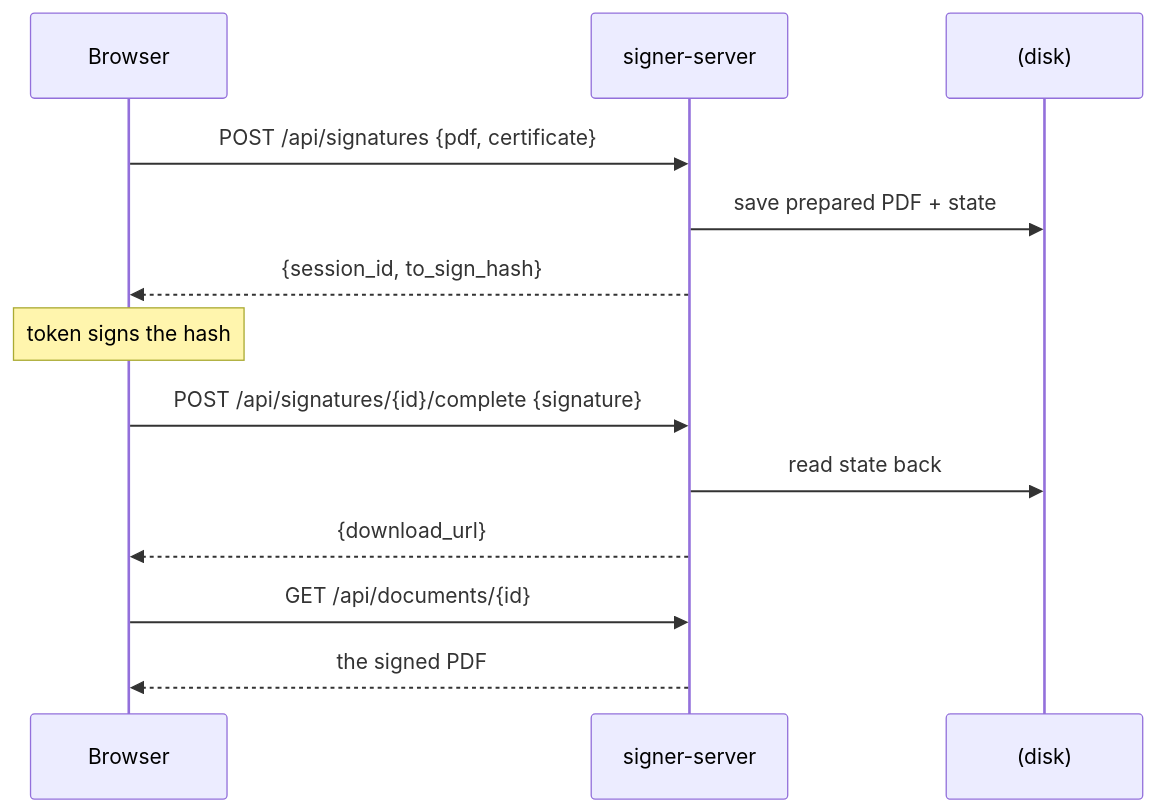
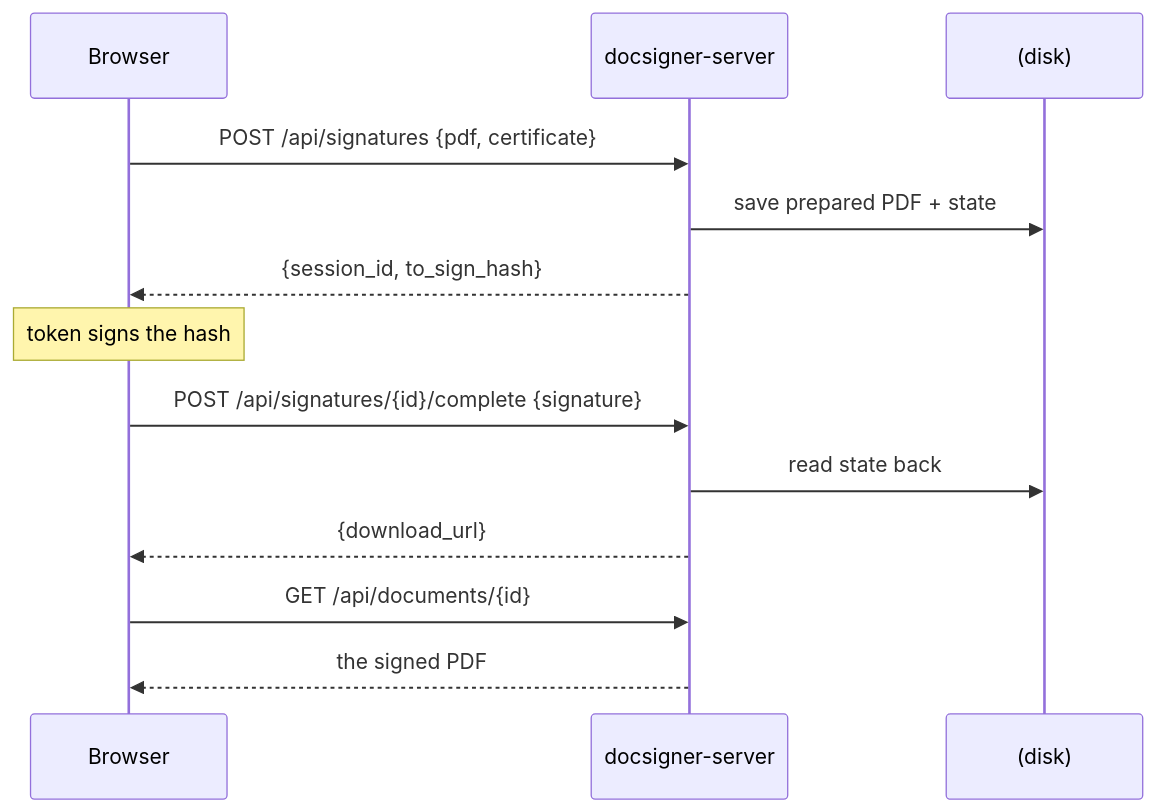
Before and after one commit to resilient-tech/docsigner: the diagram in docs/server.md, drawn with Mermaid. The commit also changed other lines of this file and 93 other files, not shown here.

````diff
--- a/docs/server.md
+++ b/docs/server.md
@@ -17,16 +17,16 @@
 ```mermaid
 sequenceDiagram
     participant B as Browser
-    participant S as signer-server
+    participant S as docsigner-server
     participant D as (disk)
 
     B->>S: POST /api/signatures {pdf, certificate}
     S->>D: save prepared PDF + state
     S-->>B: {session_id, to_sign_hash}
     Note over B: token signs the hash
     B->>S: POST /api/signatures/{id}/complete {signature}
     S->>D: read state back
     S-->>B: {download_url}
     B->>S: GET /api/documents/{id}
     S-->>B: the signed PDF
 ```
````
